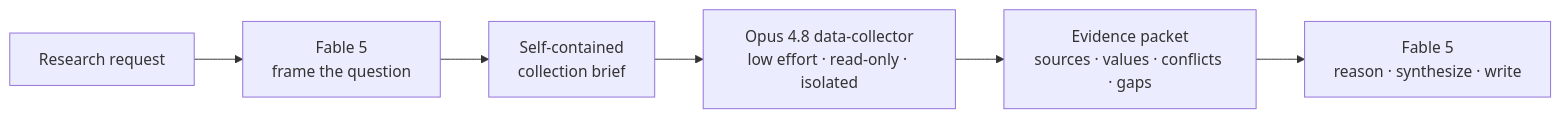
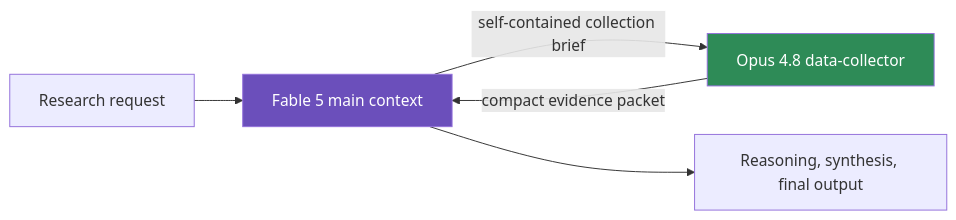
One commit to Bellapk/optimize-claude-model-research changed the diagram in README.md. Above: the diagram before and after it, drawn with Mermaid. The commit also changed other lines of this file and 5 other files, not shown here.

````diff
--- a/README.md
+++ b/README.md
@@ -27,8 +35,10 @@
 ```mermaid
 flowchart LR
-    U["Research request"] --> F1["Fable 5<br/>frame the question"]
-    F1 --> B["Self-contained<br/>collection brief"]
-    B --> O["Opus 4.8 data-collector<br/>low effort · read-only · isolated"]
-    O --> E["Evidence packet<br/>sources · values · conflicts · gaps"]
-    E --> F2["Fable 5<br/>reason · synthesize · write"]
+    A["Research request"] --> B["Fable 5 main context"]
+    B -->|"self-contained collection brief"| C["Opus 4.8 data-collector"]
+    C -->|"compact evidence packet"| B
+    B --> D["Reasoning, synthesis, final output"]
+
+    style B fill:#6B4FBB,color:#fff
+    style C fill:#2E8B57,color:#fff
 ```
````
